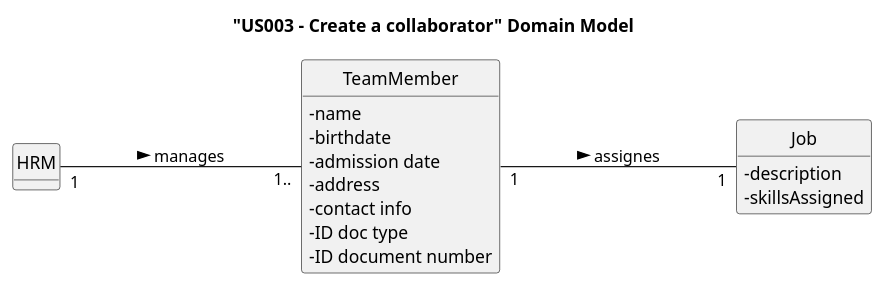
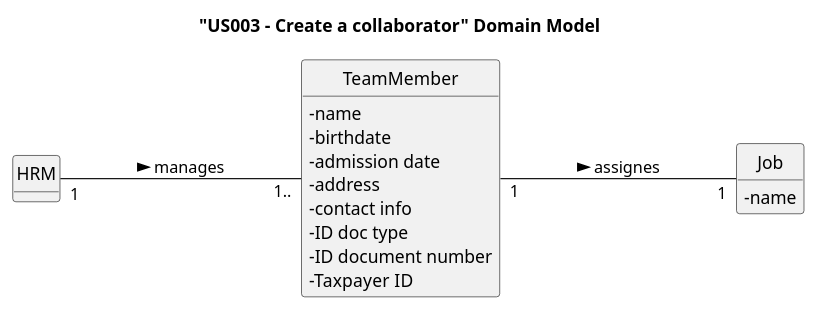
One commit to Mendoncaa/LAPR2 changed the diagram in docs/sprintB/us003/02.analysis/puml/us003-domain-model.puml. Above: the diagram before and after it, drawn with PlantUML. The commit also changed 7 other files, not shown here.

```diff
--- a/docs/sprintB/us003/02.analysis/puml/us003-domain-model.puml
+++ b/docs/sprintB/us003/02.analysis/puml/us003-domain-model.puml
@@ -1,37 +1,37 @@
 @startuml
 skinparam monochrome true
 skinparam packageStyle rectangle
 skinparam shadowing false
 
 
 skinparam classAttributeIconSize 0
 
 left to right direction
 
 hide circle
 hide methods
 
 title "US003 - Create a collaborator" Domain Model
 
 class TeamMember {
    - name
    - birthdate
    - admission date
    - address
    - contact info
    - ID doc type
    - ID document number
+   - Taxpayer ID
 }
 
 class HRM {
 }
 
 class Job {
-  - description
-  - skillsAssigned
+  - name
 }
 
 HRM "1"---"1.." TeamMember: manages >
 TeamMember "1"---"1" Job: assignes >
 
 @enduml
```
